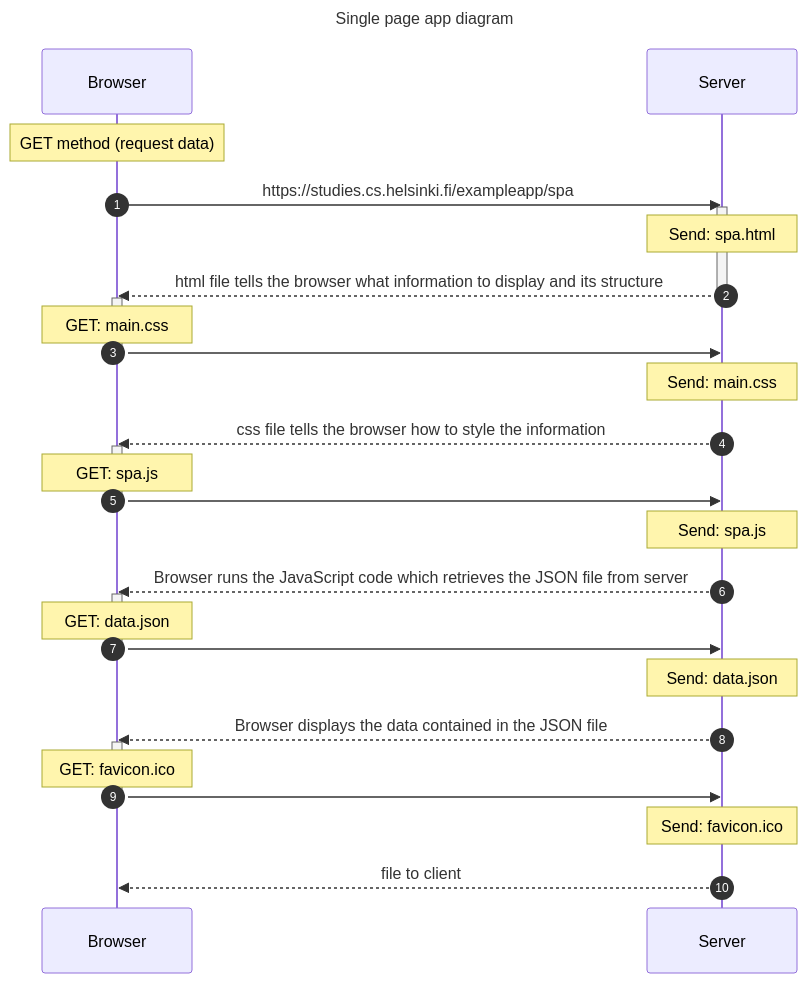
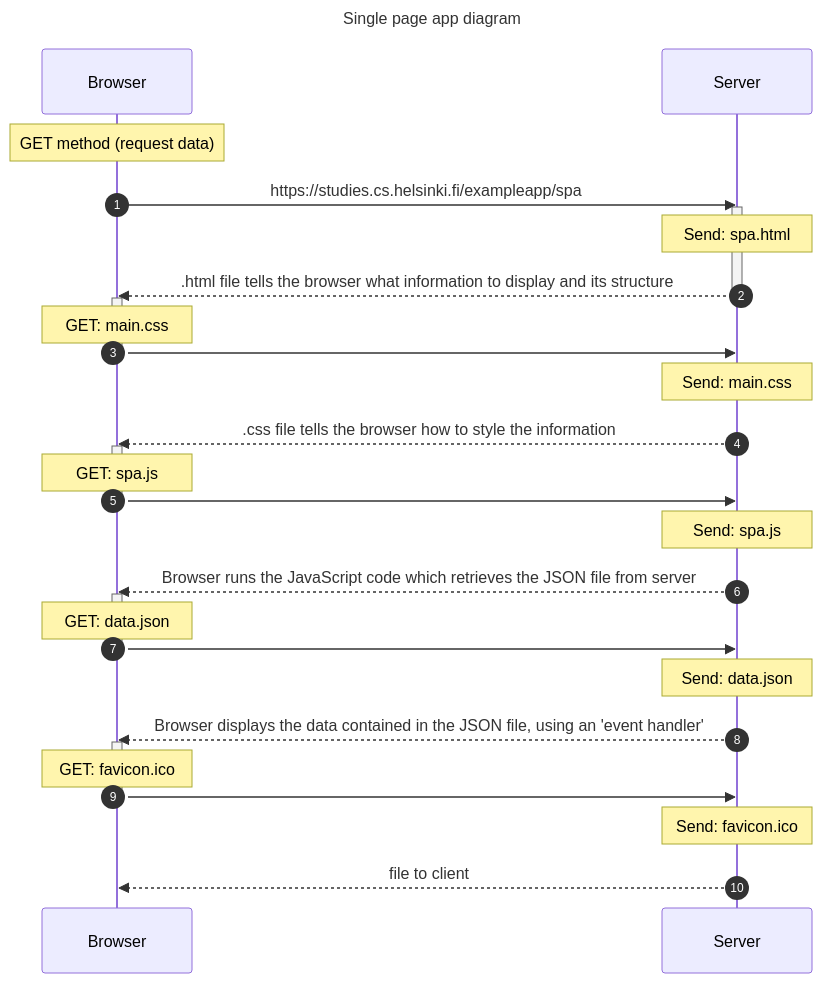
The diagram in part0/single-page-app-diagram.mmd (Bitlaw/fullstackopen-submissions-repository), drawn with Mermaid before and after one commit.

```diff
--- a/part0/single-page-app-diagram.mmd
+++ b/part0/single-page-app-diagram.mmd
@@ -1,44 +1,44 @@
 ---
 title: Single page app diagram 
 ---
 
 
 sequenceDiagram
 
     autonumber
 
     Note over Browser:  GET method (request data)
     Browser->>Server: https://studies.cs.helsinki.fi/exampleapp/spa
 
     activate Server
     Note over Server: Send: spa.html
-    Server-->>Browser: html file tells the browser what information to display and its structure
+    Server-->>Browser: .html file tells the browser what information to display and its structure
     deactivate Server
 
     activate Browser 
     Note over Browser: GET: main.css 
     Browser->>Server: 
     deactivate Browser 
     Note over Server: Send: main.css 
-    Server-->>Browser: css file tells the browser how to style the information
+    Server-->>Browser: .css file tells the browser how to style the information
 
     activate Browser 
     Note over Browser: GET: spa.js 
     Browser->>Server: 
     deactivate Browser 
     Note over Server: Send: spa.js 
     Server-->>Browser: Browser runs the JavaScript code which retrieves the JSON file from server
 
     activate Browser 
     Note over Browser: GET: data.json 
     Browser->>Server: 
     deactivate Browser 
     Note over Server: Send: data.json
-    Server-->>Browser: Browser displays the data contained in the JSON file
+    Server-->>Browser: Browser displays the data contained in the JSON file, using an 'event handler'
 
     activate Browser 
     Note over Browser: GET: favicon.ico
     Browser->>Server: 
     deactivate Browser 
     Note over Server: Send: favicon.ico
     Server-->>Browser: file to client
```
